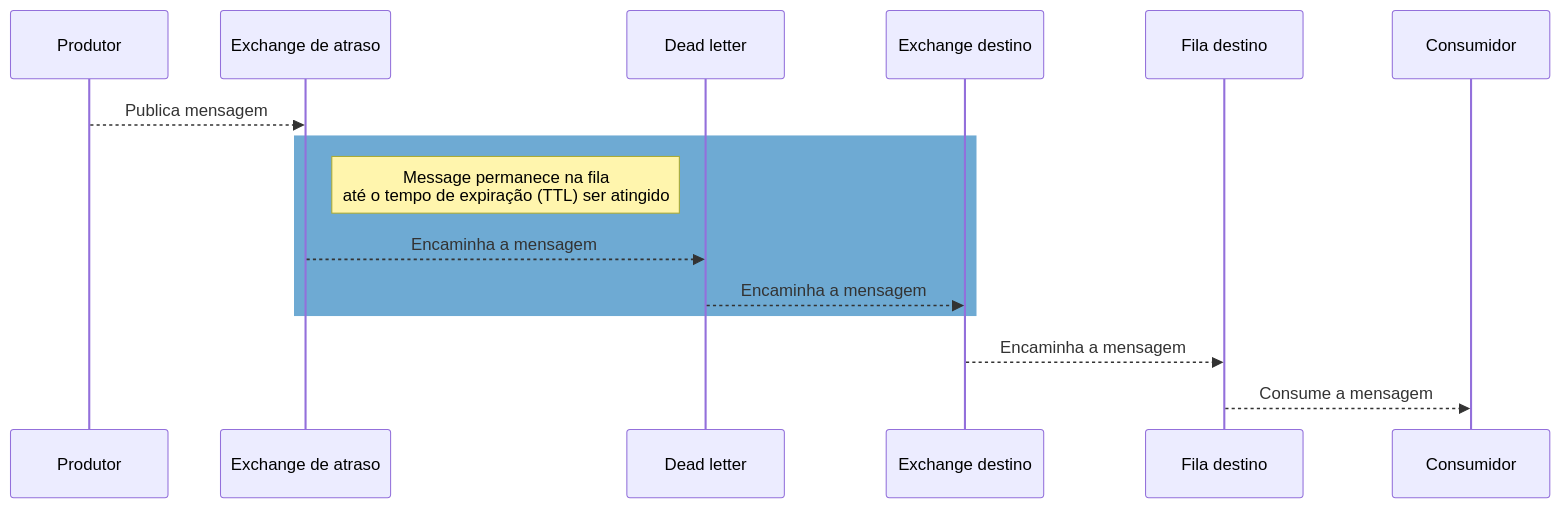
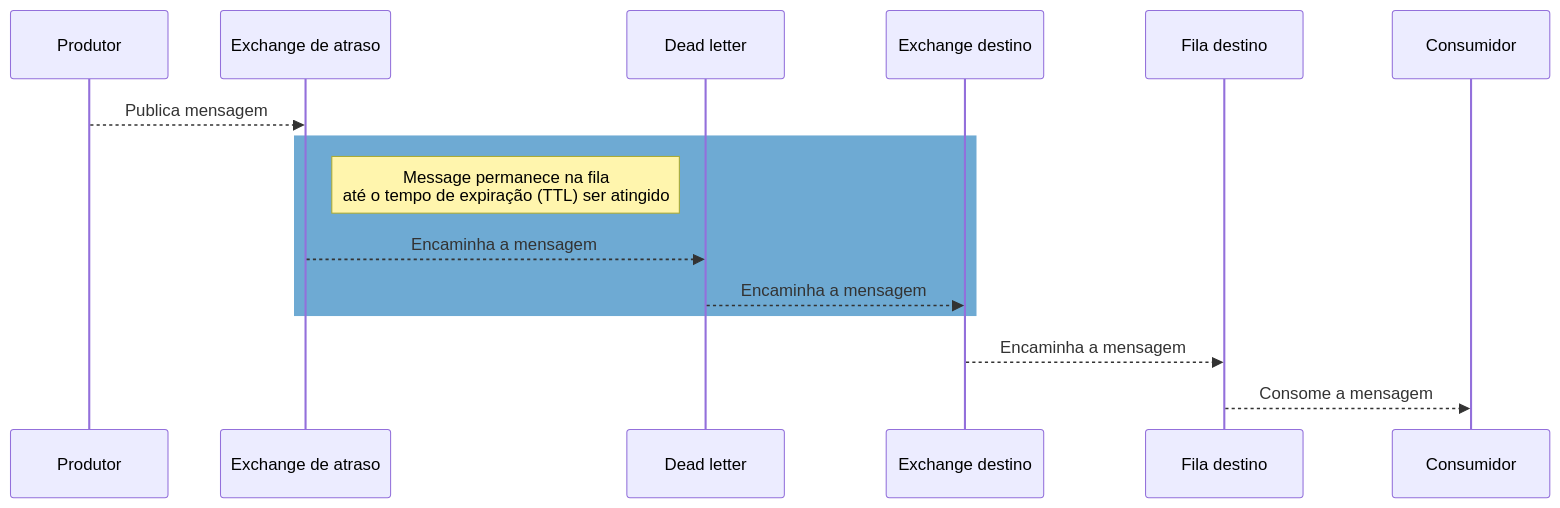
The second of 2 diagrams in readme.md (alisonsm92/delayed-rabbit), drawn with Mermaid before and after one commit. The commit also changed other lines of this file, not shown here.

````diff
--- a/readme.md
+++ b/readme.md
@@ -24,11 +24,11 @@
 ```mermaid
 sequenceDiagram
     Produtor-->>Exchange de atraso: Publica mensagem
     rect rgb(110, 170, 211)
     note right of Exchange de atraso: Message permanece na fila<br>até o tempo de expiração (TTL) ser atingido
     Exchange de atraso-->>Dead letter: Encaminha a mensagem
     Dead letter-->>Exchange destino: Encaminha a mensagem
     end
     Exchange destino-->>Fila destino: Encaminha a mensagem
-    Fila destino-->>Consumidor: Consume a mensagem
+    Fila destino-->>Consumidor: Consome a mensagem
 ```
````
